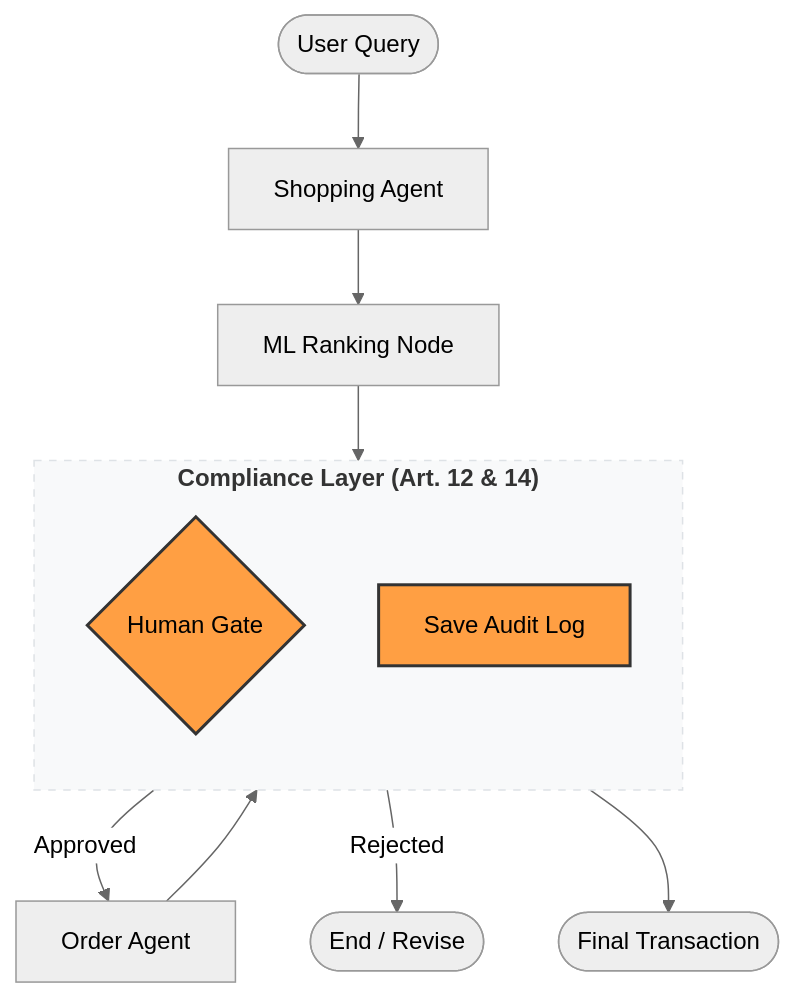
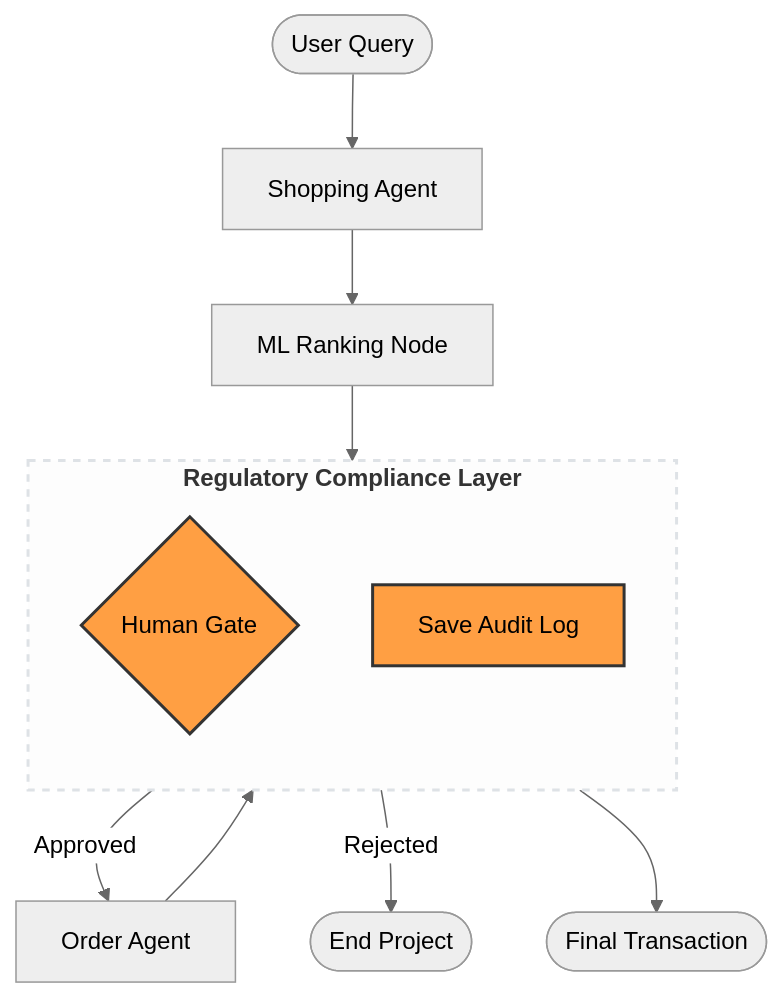
The diagram in README.md (VinitaSilaparasetty/multi-agent-audit-poc), drawn with Mermaid (neutral theme) before and after one commit.

Commit message:
docs: clean up mermaid diagram layout to prevent subgraph text overlap

````diff
--- a/README.md
+++ b/README.md
@@ -11,23 +11,24 @@
 ```mermaid
-graph TB
-    %% Nodes
-    Start([User Query]) --> Shop[Shopping Agent]
-    Shop --> Rank[ML Ranking Node]
+graph TD
+    %% Main Flow
+    A([User Query]) --> B[Shopping Agent]
+    B --> C[ML Ranking Node]
     
-    subgraph Compliance_Layer ["<b>Compliance Layer (Art. 12 & 14)</b>"]
+    %% Compliance Section
+    subgraph Compliance ["<b>Regulatory Compliance Layer</b>"]
         direction TB
-        Gate{Human Gate}
-        Log[Save Audit Log]
+        D{Human Gate}
+        E[Save Audit Log]
     end
 
-    Rank --> Gate
-    Gate -- Approved --> Order[Order Agent]
-    Gate -- Rejected --> End([End / Revise])
-    Order --> Log
-    Log --> Final([Final Transaction])
+    C --> D
+    D -- Approved --> F[Order Agent]
+    D -- Rejected --> G([End Project])
+    F --> E
+    E --> H([Final Transaction])
 
-    %% Styling
-    style Gate fill:#ff9f43,stroke:#333,stroke-width:2px
-    style Log fill:#ff9f43,stroke:#333,stroke-width:2px
-    style Compliance_Layer fill:#f8f9fa,stroke:#dee2e6,stroke-dasharray: 5 5
+    %% Professional Styling
+    style D fill:#ff9f43,stroke:#333,stroke-width:2px
+    style E fill:#ff9f43,stroke:#333,stroke-width:2px
+    style Compliance fill:#fdfdfd,stroke:#dee2e6,stroke-width:2px,stroke-dasharray: 5 5
 ```
````
